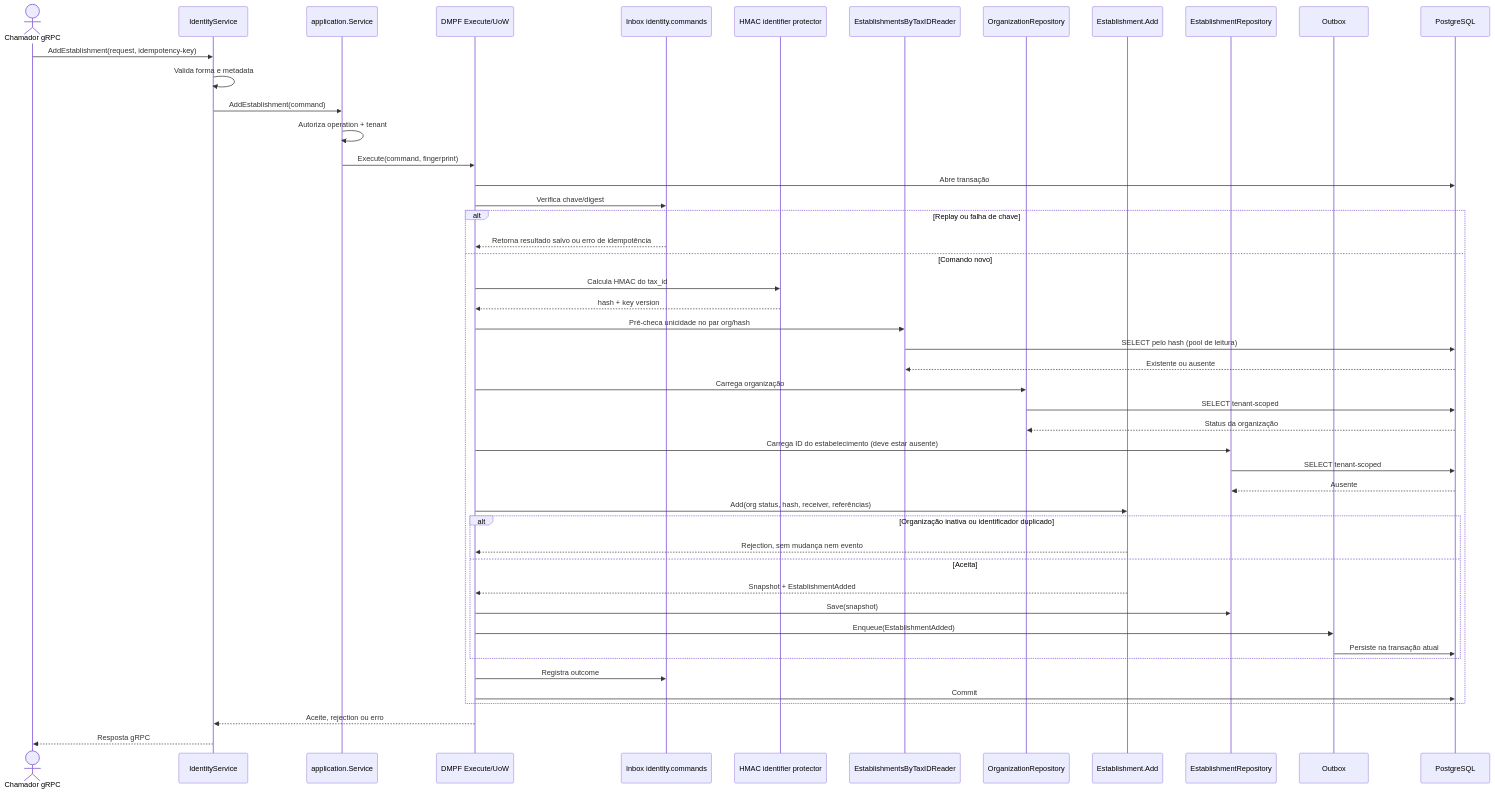
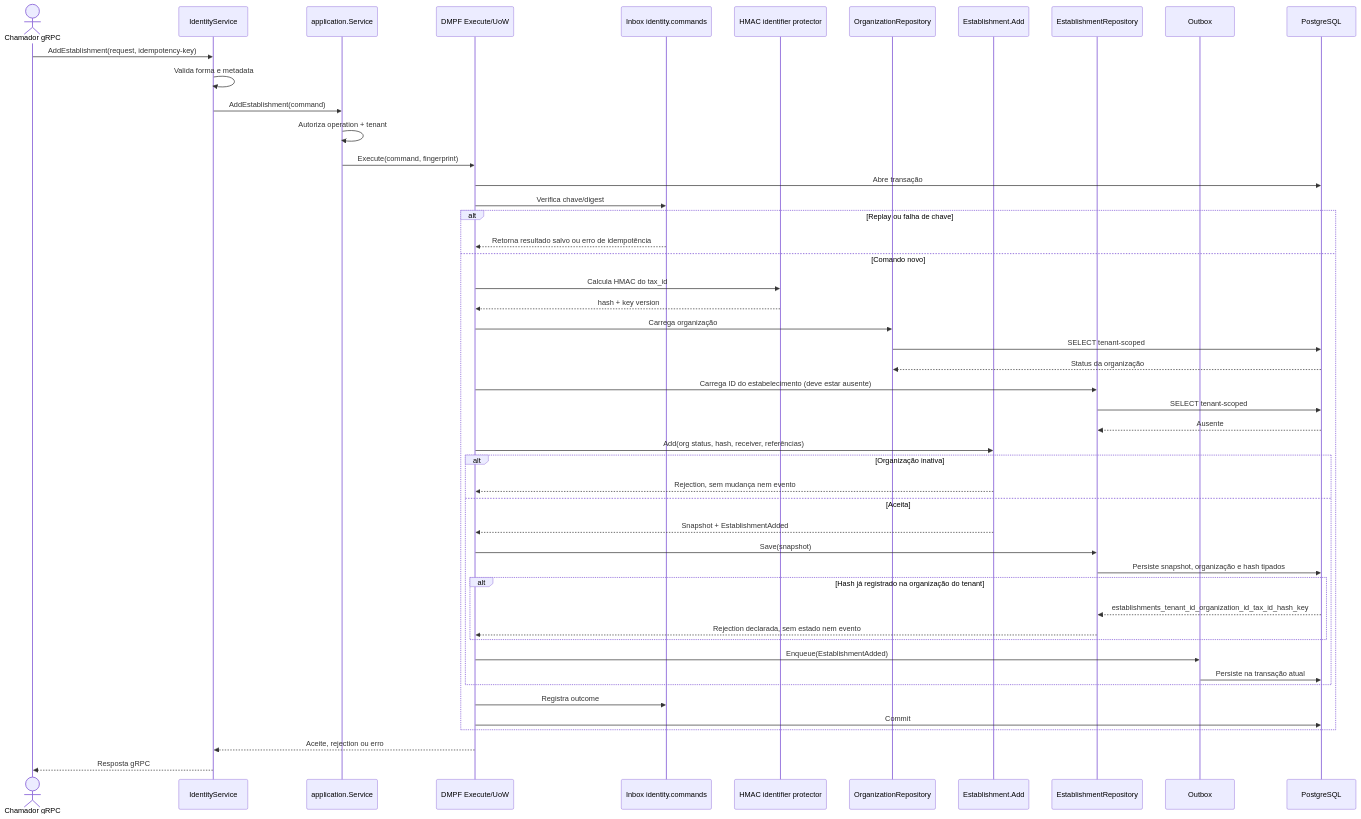
Before and after one commit to mateusmacedo/antecipa-market: the diagram in apps/backend/identity/docs/architecture/sequences/add-establishment.md, drawn with Mermaid. The commit also changed 48 other files, not shown here.

First line of the commit message:
feat(identity): adota a unicidade declarada do kernel rc.7

````diff
--- a/apps/backend/identity/docs/architecture/sequences/add-establishment.md
+++ b/apps/backend/identity/docs/architecture/sequences/add-establishment.md
@@ -5,51 +5,52 @@
 ```mermaid
 sequenceDiagram
   actor Client as Chamador gRPC
   participant RPC as IdentityService
   participant App as application.Service
   participant UOW as DMPF Execute/UoW
   participant Inbox as Inbox identity.commands
   participant Protector as HMAC identifier protector
-  participant Reader as EstablishmentsByTaxIDReader
   participant OrgRepo as OrganizationRepository
   participant Domain as Establishment.Add
   participant Repo as EstablishmentRepository
   participant Outbox as Outbox
   participant PG as PostgreSQL
 
   Client->>RPC: AddEstablishment(request, idempotency-key)
   RPC->>RPC: Valida forma e metadata
   RPC->>App: AddEstablishment(command)
   App->>App: Autoriza operation + tenant
   App->>UOW: Execute(command, fingerprint)
   UOW->>PG: Abre transação
   UOW->>Inbox: Verifica chave/digest
   alt Replay ou falha de chave
     Inbox-->>UOW: Retorna resultado salvo ou erro de idempotência
   else Comando novo
     UOW->>Protector: Calcula HMAC do tax_id
     Protector-->>UOW: hash + key version
-    UOW->>Reader: Pré-checa unicidade no par org/hash
-    Reader->>PG: SELECT pelo hash (pool de leitura)
-    PG-->>Reader: Existente ou ausente
     UOW->>OrgRepo: Carrega organização
     OrgRepo->>PG: SELECT tenant-scoped
     PG-->>OrgRepo: Status da organização
     UOW->>Repo: Carrega ID do estabelecimento (deve estar ausente)
     Repo->>PG: SELECT tenant-scoped
     PG-->>Repo: Ausente
     UOW->>Domain: Add(org status, hash, receiver, referências)
-    alt Organização inativa ou identificador duplicado
+    alt Organização inativa
       Domain-->>UOW: Rejection, sem mudança nem evento
     else Aceita
       Domain-->>UOW: Snapshot + EstablishmentAdded
       UOW->>Repo: Save(snapshot)
+      Repo->>PG: Persiste snapshot, organização e hash tipados
+      alt Hash já registrado na organização do tenant
+        PG-->>Repo: establishments_tenant_id_organization_id_tax_id_hash_key
+        Repo-->>UOW: Rejection declarada, sem estado nem evento
+      end
       UOW->>Outbox: Enqueue(EstablishmentAdded)
       Outbox->>PG: Persiste na transação atual
     end
     UOW->>Inbox: Registra outcome
     UOW->>PG: Commit
   end
   UOW-->>RPC: Aceite, rejection ou erro
   RPC-->>Client: Resposta gRPC
 ```
````
